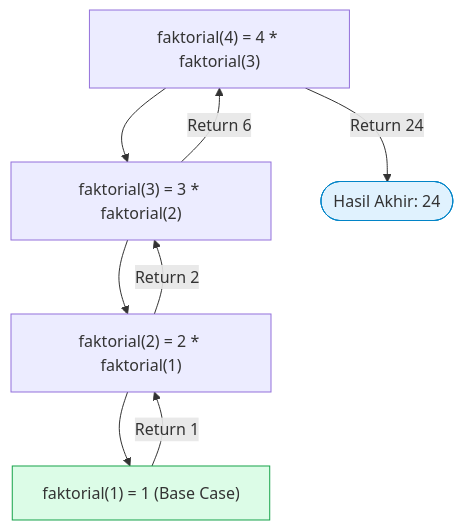
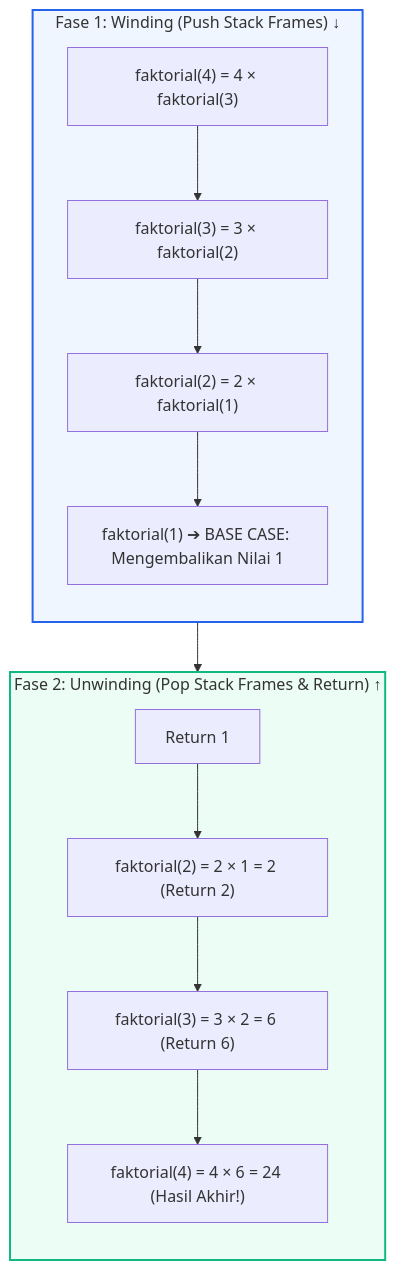
Before and after one commit to mahendaruui/Perkuliahan: the second of 3 diagrams in docs/algoritma-pemrograman/rekursi.md, drawn with Mermaid. The commit also changed other lines of this file and 12 other files, not shown here.

````diff
--- a/docs/algoritma-pemrograman/rekursi.md
+++ b/docs/algoritma-pemrograman/rekursi.md
@@ -21,12 +43,23 @@
 ```mermaid
-graph TD
-    F4["faktorial(4) = 4 * faktorial(3)"] --> F3["faktorial(3) = 3 * faktorial(2)"]
-    F3 --> F2["faktorial(2) = 2 * faktorial(1)"]
-    F2 --> F1["faktorial(1) = 1 (Base Case)"]
-    F1 -- Return 1 --> F2
-    F2 -- Return 2 --> F3
-    F3 -- Return 6 --> F4
-    F4 -- Return 24 --> Out([Hasil Akhir: 24])
-    style F1 fill:#dcfce7,stroke:#16a34a
-    style Out fill:#e0f2fe,stroke:#0284c7
+flowchart TD
+    subgraph Winding["Fase 1: Winding (Push Stack Frames) ↓"]
+        direction TB
+        W4["faktorial(4) = 4 × faktorial(3)"]
+        --> W3["faktorial(3) = 3 × faktorial(2)"]
+        --> W2["faktorial(2) = 2 × faktorial(1)"]
+        --> W1["faktorial(1) ➔ BASE CASE: Mengembalikan Nilai 1"]
+    end
+
+    subgraph Unwinding["Fase 2: Unwinding (Pop Stack Frames & Return) ↑"]
+        direction TB
+        U1["Return 1"]
+        --> U2["faktorial(2) = 2 × 1 = 2 (Return 2)"]
+        --> U3["faktorial(3) = 3 × 2 = 6 (Return 6)"]
+        --> U4["faktorial(4) = 4 × 6 = 24 (Hasil Akhir!)"]
+    end
+
+    Winding --> Unwinding
+
+    style Winding fill:#eff6ff,stroke:#2563eb,stroke-width:2px
+    style Unwinding fill:#ecfdf5,stroke:#10b981,stroke-width:2px
 ```
````
